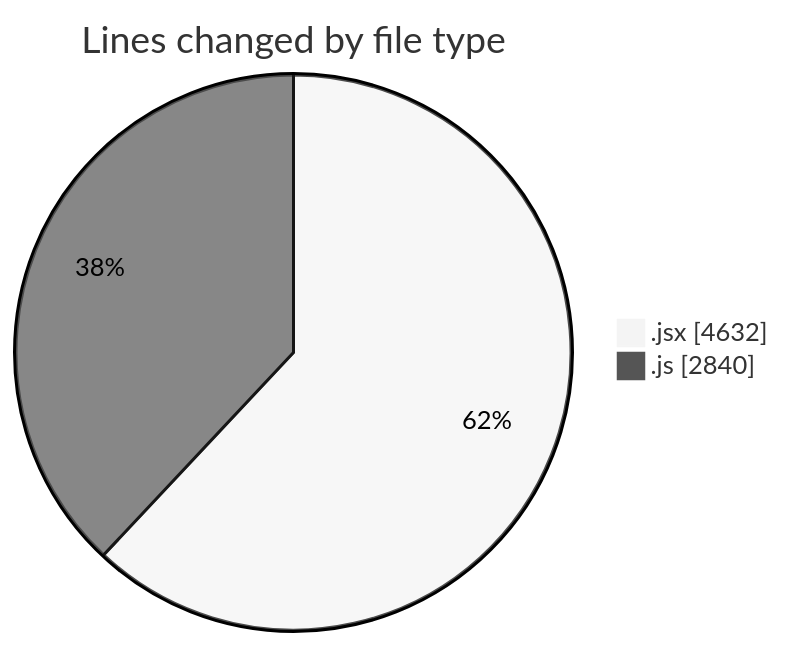
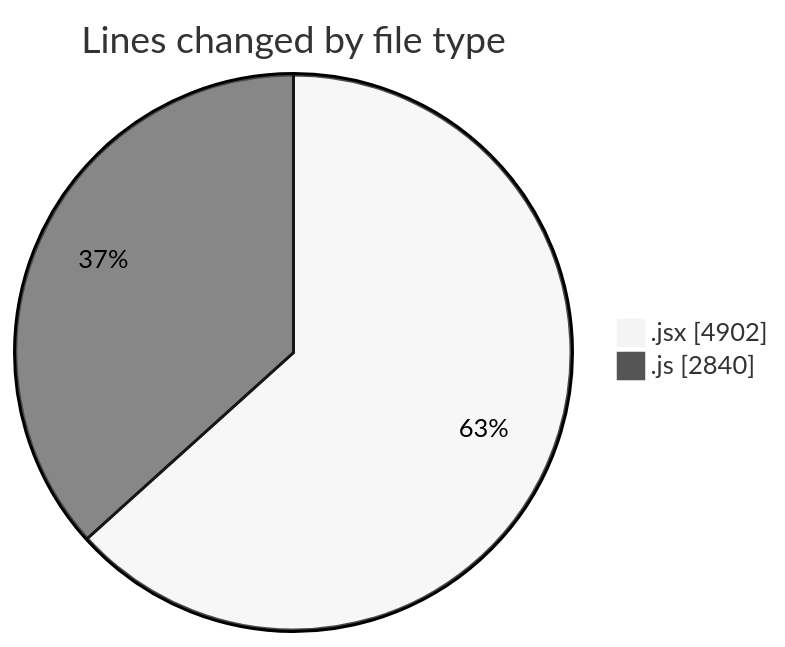
The first of 2 diagrams in 2025-09-23/nxtqube_webapp/README.md (nxtqubesakshisongat/code-tracking), drawn with Mermaid (neutral theme) before and after one commit. The commit also changed other lines of this file and 1 other file, not shown here.

````diff
--- a/2025-09-23/nxtqube_webapp/README.md
+++ b/2025-09-23/nxtqube_webapp/README.md
@@ -23,6 +23,6 @@
 ```mermaid
 pie showData
 title Lines changed by file type
-".jsx" : 4632
+".jsx" : 4902
 ".js" : 2840
 ```
````
